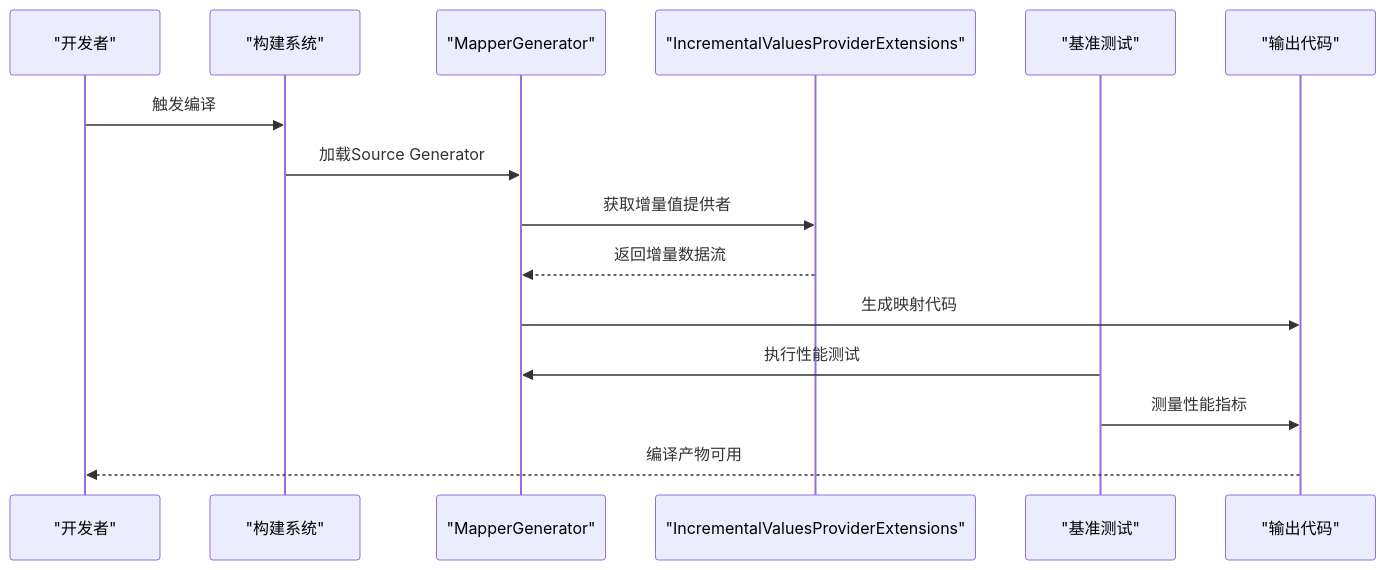
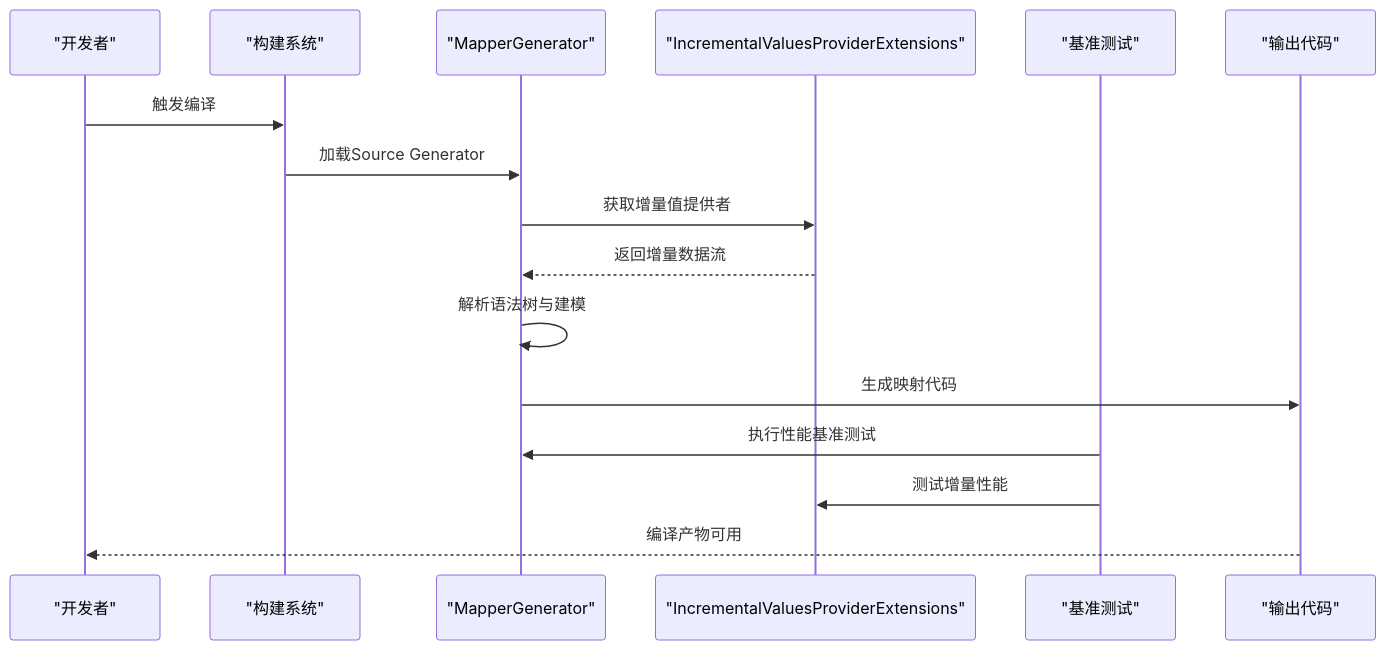
One commit to alivy/AutoCode changed the second of 6 diagrams in .qoder/repowiki/zh/content/调试与诊断/性能监控与优化.md. Above: the diagram before and after it, drawn with Mermaid. The commit also changed other lines of this file and 279 other files, not shown here.

````diff
--- a/.qoder/repowiki/zh/content/调试与诊断/性能监控与优化.md
+++ b/.qoder/repowiki/zh/content/调试与诊断/性能监控与优化.md
@@ -117,17 +117,18 @@
 ```mermaid
 sequenceDiagram
 participant Dev as "开发者"
 participant Build as "构建系统"
 participant Gen as "MapperGenerator"
 participant Ext as "IncrementalValuesProviderExtensions"
 participant Bench as "基准测试"
 participant Out as "输出代码"
 Dev->>Build : 触发编译
 Build->>Gen : 加载Source Generator
 Gen->>Ext : 获取增量值提供者
 Ext-->>Gen : 返回增量数据流
+Gen->>Gen : 解析语法树与建模
 Gen->>Out : 生成映射代码
-Bench->>Gen : 执行性能测试
-Bench->>Out : 测量性能指标
+Bench->>Gen : 执行性能基准测试
+Bench->>Ext : 测试增量性能
 Out-->>Dev : 编译产物可用
 ```
````
